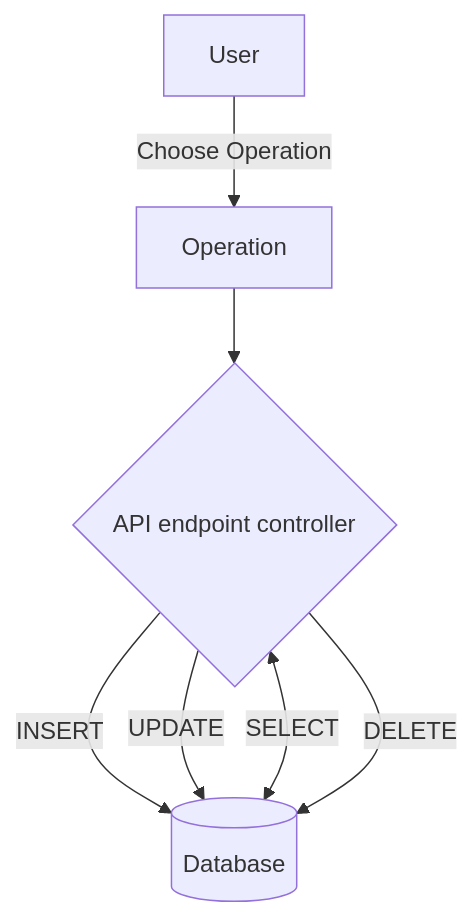
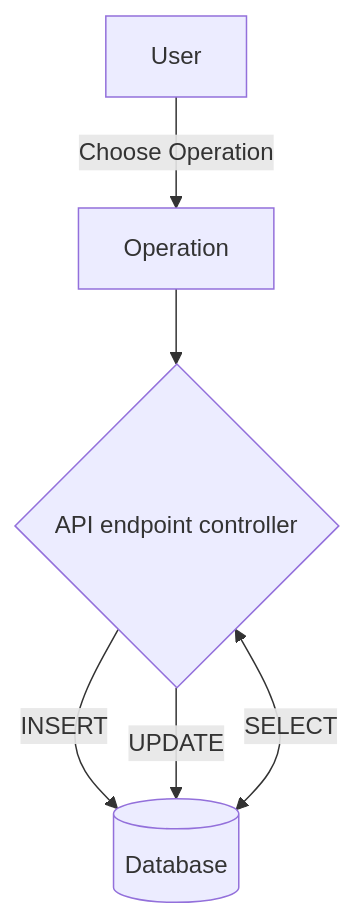
One commit to Rachel-Tookey/RecordShop_Security_Project changed the diagram in documentation/appFlowchart.md. Above: the diagram before and after it, drawn with Mermaid. The commit also changed 7 other files, not shown here.

Commit message:
brushed up documentations, added user stories and fabi's manual testing. updated readme (i.e. added notes to marker, dockerfile still to be completed). also got rid of references to deletion in mermaid and deploymentPlan.md

````diff
--- a/documentation/appFlowchart.md
+++ b/documentation/appFlowchart.md
@@ -3,9 +3,8 @@
 ```mermaid
 flowchart TD;
     User -->|Choose Operation|Operation
     Operation-->API{API endpoint controller}
     API -->|INSERT|DB[(Database)]
     API -->|UPDATE|DB
     API <-->|SELECT|DB
-    API -->|DELETE|DB
 ```
````
